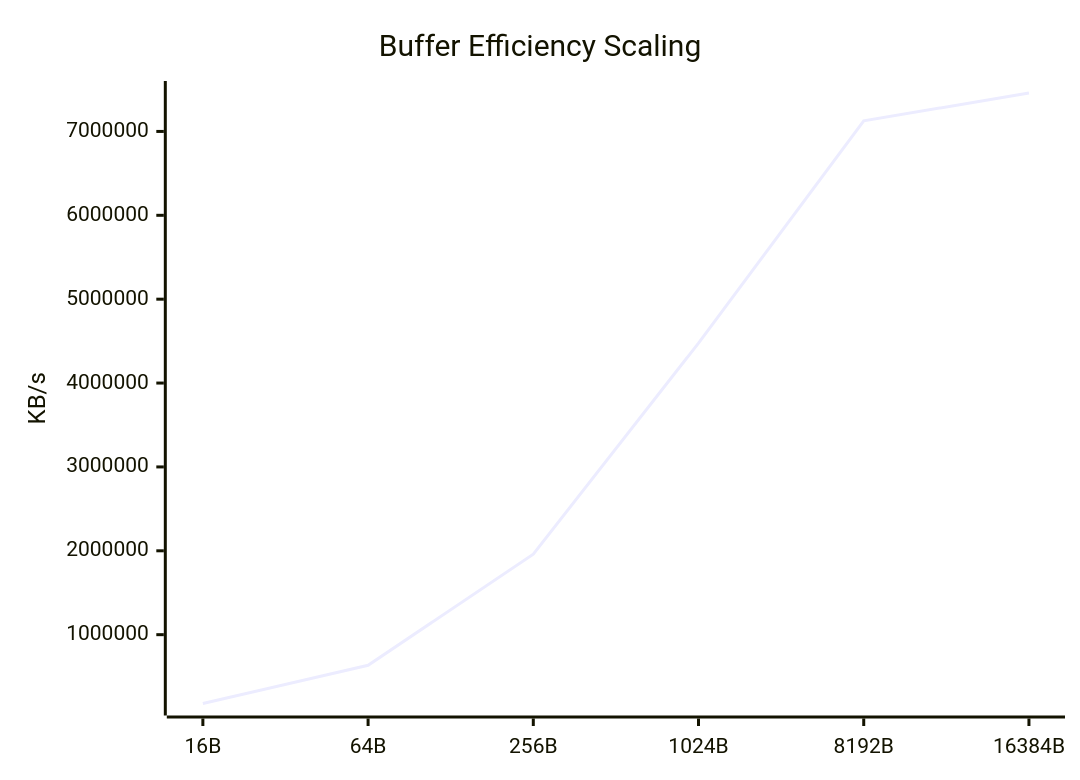
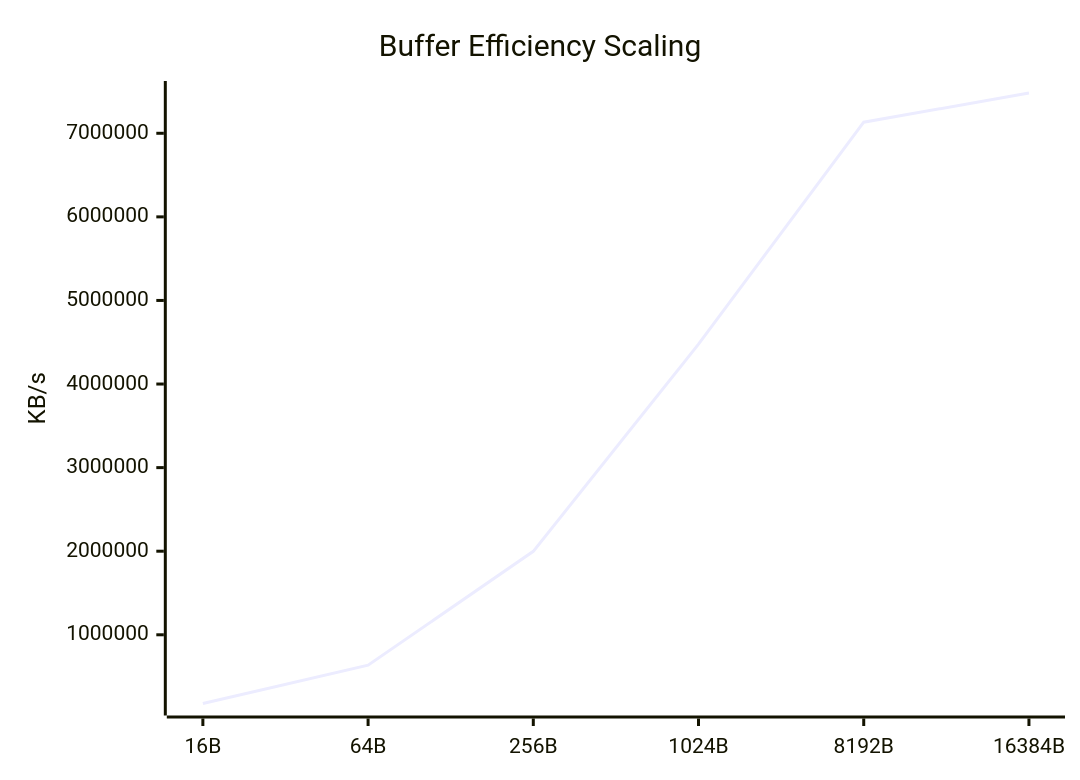
The seventh of 9 diagrams in docs/Comparison_Report.md (taha2samy/openssl_fips), drawn with Mermaid before and after one commit. The commit also changed other lines of this file and 2 other files, not shown here.

````diff
--- a/docs/Comparison_Report.md
+++ b/docs/Comparison_Report.md
@@ -110,7 +110,7 @@
 ```mermaid
 xychart-beta
     title "Buffer Efficiency Scaling"
     x-axis [16B, 64B, 256B, 1024B, 8192B, 16384B]
     y-axis "KB/s"
-    line [179380.88, 634547.01, 1960414.21, 4476669.95, 7126167.55, 7458267.14]
+    line [177963.33, 635877.73, 1998197.63, 4477468.47, 7132474.57, 7481878.12]
 ```
````
